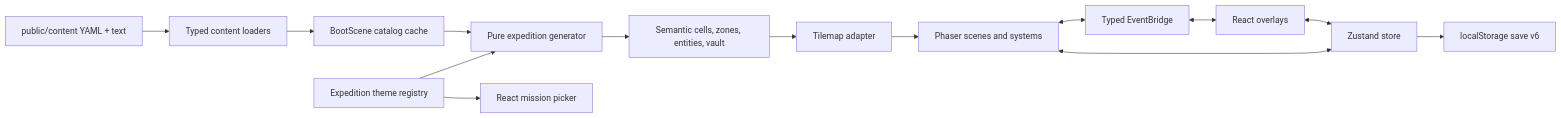
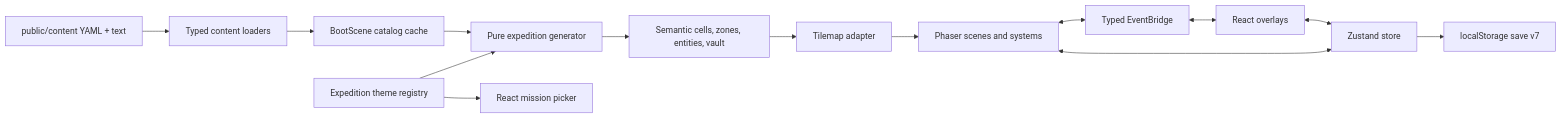
The diagram in docs/ARCHITECTURE.md (sethwilsonUS/starship-alexandria), drawn with Mermaid before and after one commit. The commit also changed other lines of this file and 66 other files, not shown here.

````diff
--- a/docs/ARCHITECTURE.md
+++ b/docs/ARCHITECTURE.md
@@ -7,16 +7,16 @@
 ```mermaid
 flowchart LR
   C["public/content YAML + text"] --> L["Typed content loaders"]
   L --> B["BootScene catalog cache"]
   B --> G["Pure expedition generator"]
   T["Expedition theme registry"] --> P["React mission picker"]
   T --> G
   G --> S["Semantic cells, zones, entities, vault"]
   S --> A["Tilemap adapter"]
   A --> PH["Phaser scenes and systems"]
   PH <--> E["Typed EventBridge"]
   E <--> R["React overlays"]
   R <--> Z["Zustand store"]
   PH <--> Z
-  Z --> V6["localStorage save v6"]
+  Z --> V7["localStorage save v7"]
 ```
````
